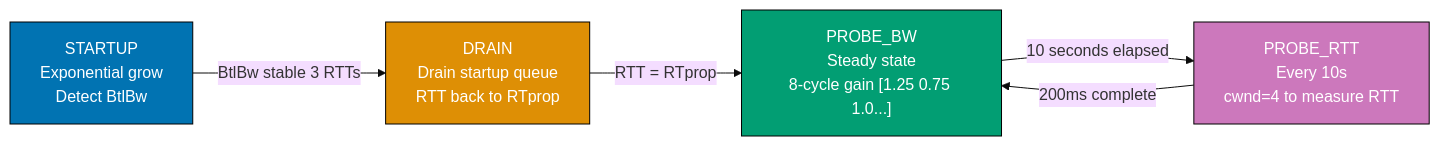
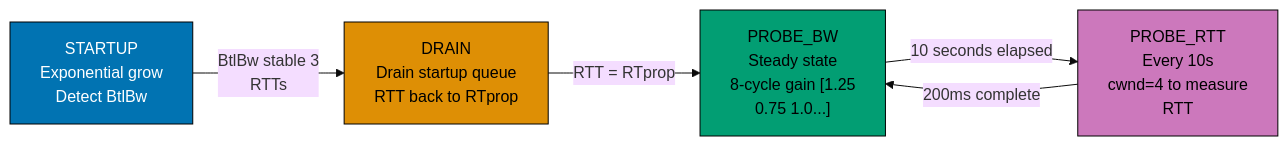
The seventh of 12 diagrams in apps/ayokoding-www/content/en/learn/legacy/software-engineering/networking/by-example/advanced.md (wahidyankf/ose-public), drawn with Mermaid (base theme) before and after one commit. The commit also changed other lines of this file and 78 other files, not shown here.

First line of the commit message:
fix(mermaid): bring the remaining legacy software-engineering diagrams onto the accessible palette

````diff
--- a/apps/ayokoding-www/content/en/learn/legacy/software-engineering/networking/by-example/advanced.md
+++ b/apps/ayokoding-www/content/en/learn/legacy/software-engineering/networking/by-example/advanced.md
@@ -1311,18 +1358,25 @@
 ```mermaid
 %% Color Palette: Blue #0173B2, Orange #DE8F05, Teal #029E73, Purple #CC78BC, Brown #CA9161
 graph LR
+    accTitle: Example 69: TCP BBR Congestion Control
+    accDescr: Graph with 4 nodes and 4 connections. Nodes: STARTUP Exponential grow Detect BtlBw, DRAIN Drain startup queue RTT back to RTprop, PROBE_BW Steady state 8-cycle gain [1.25 0.75 1.0...], PROBE_RTT Every 10s cwnd=4 to measure RTT. Connections: STARTUP Exponential grow Detect BtlBw to DRAIN Drain startup queue RTT back to RTprop (BtlBw stable 3 RTTs), DRAIN Drain startup queue RTT back to RTprop to PROBE_BW Steady state 8-cycle gain [1.25 0.75 1.0...] (RTT = RTprop), PROBE_BW Steady state 8-cycle gain [1.25 0.75 1.0...] to PROBE_RTT Every 10s cwnd=4 to measure RTT (10 seconds elapsed), PROBE_RTT Every 10s cwnd=4 to measure RTT to PROBE_BW Steady state 8-cycle gain [1.25 0.75 1.0...] (200ms complete).
     STARTUP["STARTUP<br/>Exponential grow<br/>Detect BtlBw"]
     DRAIN["DRAIN<br/>Drain startup queue<br/>RTT back to RTprop"]
-    PROBE_BW["PROBE_BW<br/>Steady state<br/>8-cycle gain [1.25 0.75 1.0...]"]
-    PROBE_RTT["PROBE_RTT<br/>Every 10s<br/>cwnd=4 to measure RTT"]
+    PROBE_BW["PROBE_BW<br/>Steady state<br/>8-cycle gain [1.25<br/>0.75 1.0...]"]
+    PROBE_RTT["PROBE_RTT<br/>Every 10s<br/>cwnd=4 to measure<br/>RTT"]
 
-    STARTUP -->|"BtlBw stable 3 RTTs"| DRAIN
+    STARTUP -->|"BtlBw stable 3<br/>RTTs"| DRAIN
     DRAIN -->|"RTT = RTprop"| PROBE_BW
     PROBE_BW -->|"10 seconds elapsed"| PROBE_RTT
     PROBE_RTT -->|"200ms complete"| PROBE_BW
 
-    style STARTUP fill:#0173B2,stroke:#000,color:#fff
-    style DRAIN fill:#DE8F05,stroke:#000,color:#fff
-    style PROBE_BW fill:#029E73,stroke:#000,color:#fff
-    style PROBE_RTT fill:#CC78BC,stroke:#000,color:#fff
+    classDef pal-0173B2 fill:#0173B2,stroke:#000000,color:#FFFFFF
+    class STARTUP pal-0173B2
+    classDef pal-DE8F05 fill:#DE8F05,stroke:#000000,color:#000000
+    class DRAIN pal-DE8F05
+    classDef pal-029E73 fill:#029E73,stroke:#000000,color:#000000
+    class PROBE_BW pal-029E73
+    classDef pal-CC78BC fill:#CC78BC,stroke:#000000,color:#000000
+    class PROBE_RTT pal-CC78BC
+    classDef default fill:#FFFFFF,stroke:#000000,color:#000000
 ```
````
